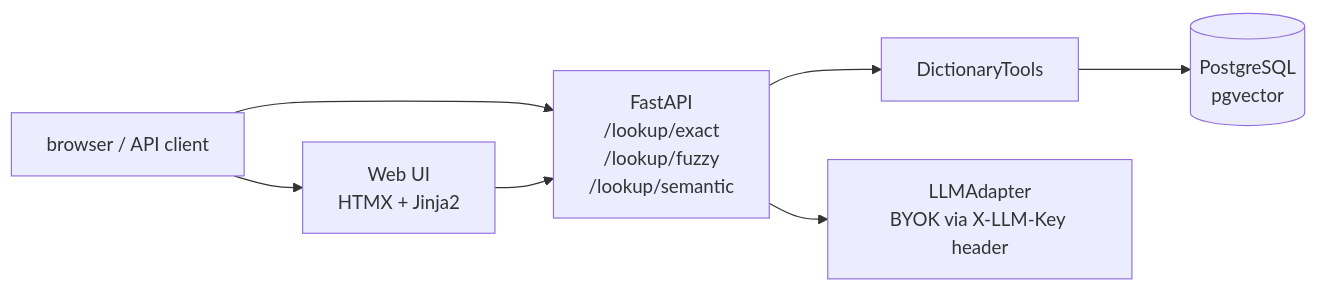
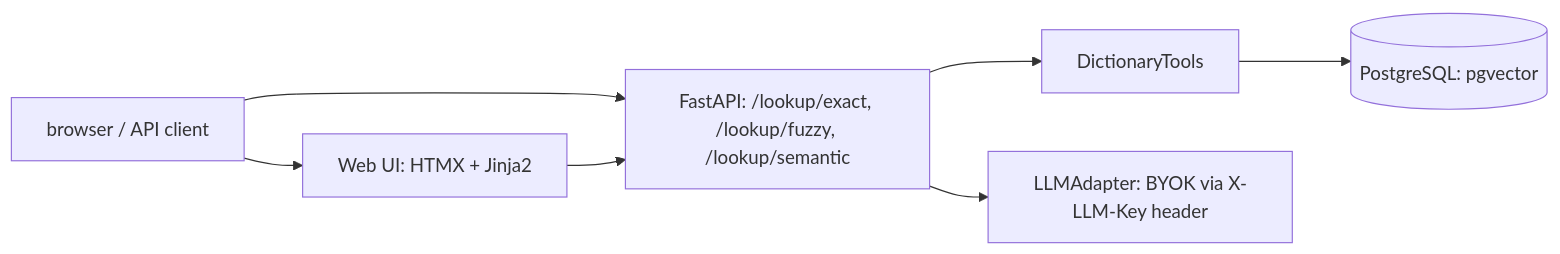
The third of 4 diagrams in docs/architecture.md (sachn1/linguaalayam), drawn with Mermaid before and after one commit. The commit also changed other lines of this file and 57 other files, not shown here.

````diff
--- a/docs/architecture.md
+++ b/docs/architecture.md
@@ -45,9 +45,9 @@
 ```mermaid
 flowchart LR
-    B[browser / API client] --> F[FastAPI\n/lookup/exact\n/lookup/fuzzy\n/lookup/semantic]
-    B --> W[Web UI\nHTMX + Jinja2]
+    B[browser / API client] --> F[FastAPI: /lookup/exact, /lookup/fuzzy, /lookup/semantic]
+    B --> W[Web UI: HTMX + Jinja2]
     F --> DT[DictionaryTools]
     W --> F
-    DT --> DB[(PostgreSQL\npgvector)]
-    F --> L[LLMAdapter\nBYOK via X-LLM-Key header]
+    DT --> DB[(PostgreSQL: pgvector)]
+    F --> L[LLMAdapter: BYOK via X-LLM-Key header]
 ```
````
